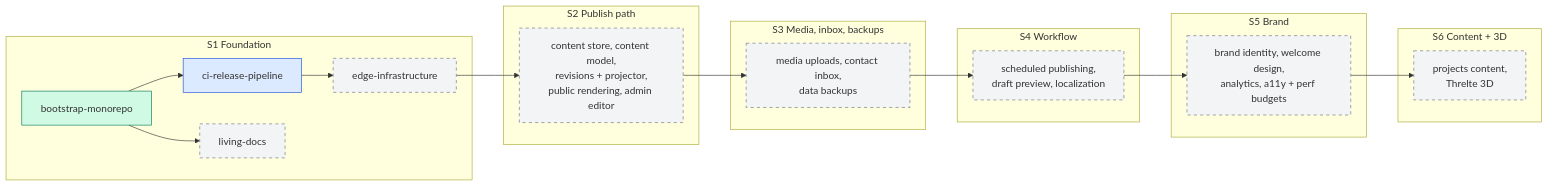
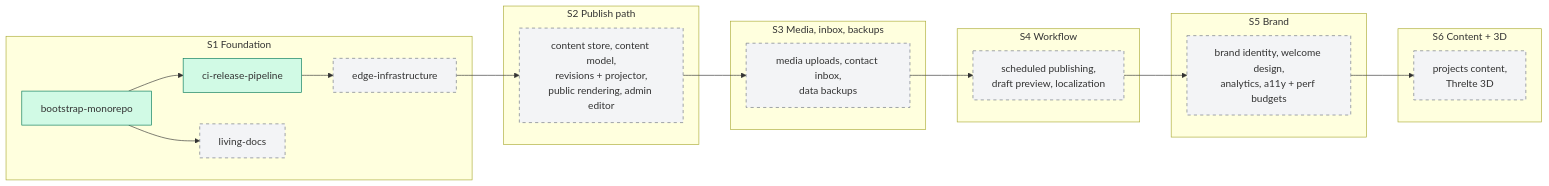
One commit to ycmcuenca/ycmcuenca-core changed the diagram in docs/ROADMAP.md. Above: the diagram before and after it, drawn with Mermaid. The commit also changed other lines of this file and 1 other file, not shown here.

Commit message:
docs(roadmap): mark ci-release-pipeline archived

````diff
--- a/docs/ROADMAP.md
+++ b/docs/ROADMAP.md
@@ -33,32 +33,32 @@
 ```mermaid
 flowchart LR
     subgraph S1["S1 Foundation"]
         bootstrap["bootstrap-monorepo"]:::archived
-        ci["ci-release-pipeline"]:::merged
+        ci["ci-release-pipeline"]:::archived
         edge["edge-infrastructure"]:::planned
         docs["living-docs"]:::planned
     end
     subgraph S2["S2 Publish path"]
         s2["content store, content model,<br/>revisions + projector,<br/>public rendering, admin editor"]:::planned
     end
     subgraph S3["S3 Media, inbox, backups"]
         s3["media uploads, contact inbox,<br/>data backups"]:::planned
     end
     subgraph S4["S4 Workflow"]
         s4["scheduled publishing,<br/>draft preview, localization"]:::planned
     end
     subgraph S5["S5 Brand"]
         s5["brand identity, welcome design,<br/>analytics, a11y + perf budgets"]:::planned
     end
     subgraph S6["S6 Content + 3D"]
         s6["projects content,<br/>Threlte 3D"]:::planned
     end
 
     bootstrap --> ci --> edge
     bootstrap --> docs
     edge --> s2 --> s3 --> s4 --> s5 --> s6
 
     classDef archived fill:#d1fae5,stroke:#047857
     classDef merged fill:#dbeafe,stroke:#1d4ed8
     classDef planned fill:#f3f4f6,stroke:#6b7280,stroke-dasharray:5 5
 ```
````
